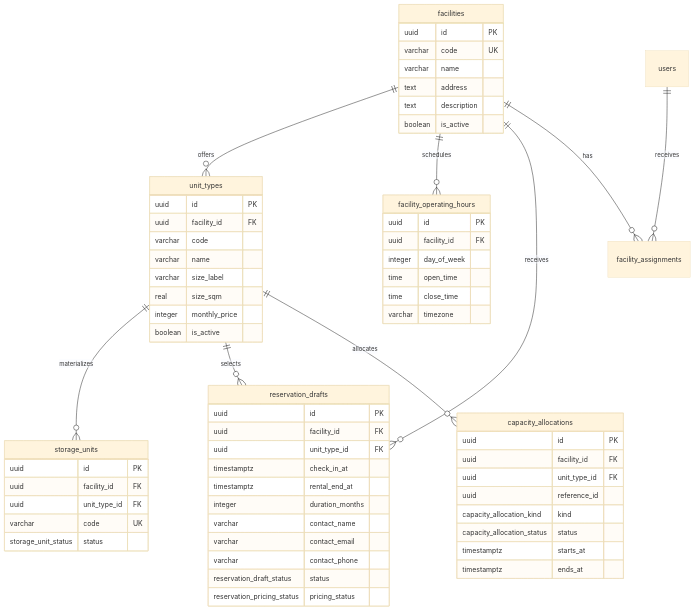
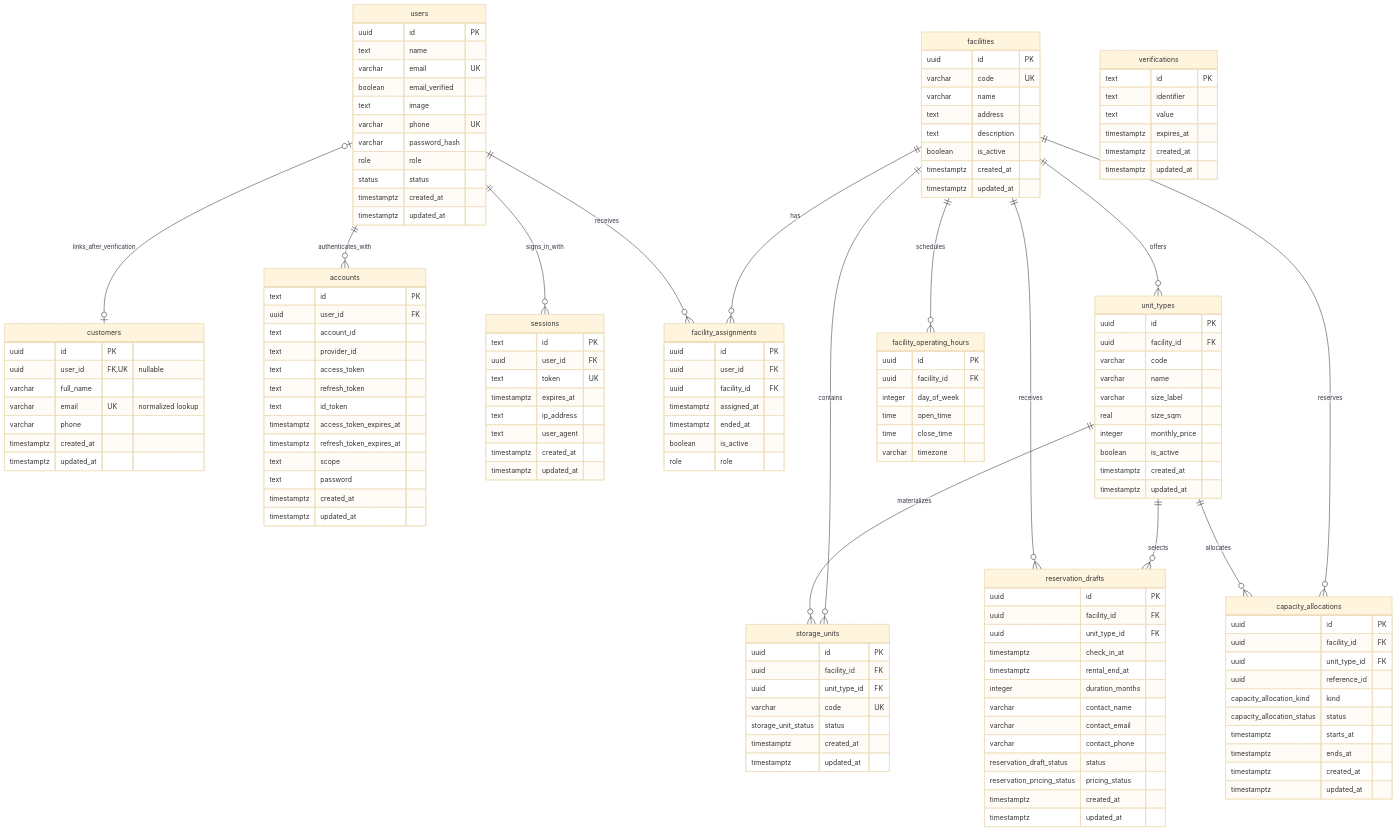
One commit to vlnguyen910/storeX changed the diagram in docs/db-diagram.md. Above: the diagram before and after it, drawn with Mermaid (base theme). The commit also changed other lines of this file and 9 other files, not shown here.

````diff
--- a/docs/db-diagram.md
+++ b/docs/db-diagram.md
@@ -5,13 +7,88 @@
 ```mermaid
 erDiagram
+  users o|--o| customers : links_after_verification
+  users ||--o{ accounts : authenticates_with
+  users ||--o{ sessions : signs_in_with
+  users ||--o{ facility_assignments : receives
+  facilities ||--o{ facility_assignments : has
   facilities ||--o{ unit_types : offers
   unit_types ||--o{ storage_units : materializes
+  facilities ||--o{ storage_units : contains
   facilities ||--o{ facility_operating_hours : schedules
   facilities ||--o{ reservation_drafts : receives
   unit_types ||--o{ reservation_drafts : selects
   unit_types ||--o{ capacity_allocations : allocates
-  facilities ||--o{ facility_assignments : has
-  users ||--o{ facility_assignments : receives
+  facilities ||--o{ capacity_allocations : reserves
+
+  users {
+    uuid id PK
+    text name
+    varchar email UK
+    boolean email_verified
+    text image
+    varchar phone UK
+    varchar password_hash
+    role role
+    status status
+    timestamptz created_at
+    timestamptz updated_at
+  }
+
+  customers {
+    uuid id PK
+    uuid user_id FK,UK "nullable"
+    varchar full_name
+    varchar email UK "normalized lookup"
+    varchar phone
+    timestamptz created_at
+    timestamptz updated_at
+  }
+
+  accounts {
+    text id PK
+    uuid user_id FK
+    text account_id
+    text provider_id
+    text access_token
+    text refresh_token
+    text id_token
+    timestamptz access_token_expires_at
+    timestamptz refresh_token_expires_at
+    text scope
+    text password
+    timestamptz created_at
+    timestamptz updated_at
+  }
+
+  sessions {
+    text id PK
+    uuid user_id FK
+    text token UK
+    timestamptz expires_at
+    text ip_address
+    text user_agent
+    timestamptz created_at
+    timestamptz updated_at
+  }
+
+  verifications {
+    text id PK
+    text identifier
+    text value
+    timestamptz expires_at
+    timestamptz created_at
+    timestamptz updated_at
+  }
+
+  facility_assignments {
+    uuid id PK
+    uuid user_id FK
+    uuid facility_id FK
+    timestamptz assigned_at
+    timestamptz ended_at
+    boolean is_active
+    role role
+  }
 
   facilities {
     uuid id PK
@@ -20,6 +97,8 @@
     text address
     text description
     boolean is_active
+    timestamptz created_at
+    timestamptz updated_at
   }
 
   unit_types {
@@ -31,6 +110,8 @@
     real size_sqm
     integer monthly_price
     boolean is_active
+    timestamptz created_at
+    timestamptz updated_at
   }
 
   storage_units {
@@ -39,6 +120,8 @@
     uuid unit_type_id FK
     varchar code UK
     storage_unit_status status
+    timestamptz created_at
+    timestamptz updated_at
   }
 
   facility_operating_hours {
@@ -62,6 +145,8 @@
     varchar contact_phone
     reservation_draft_status status
     reservation_pricing_status pricing_status
+    timestamptz created_at
+    timestamptz updated_at
   }
 
   capacity_allocations {
@@ -73,5 +158,7 @@
     capacity_allocation_status status
     timestamptz starts_at
     timestamptz ends_at
+    timestamptz created_at
+    timestamptz updated_at
   }
 ```
````
